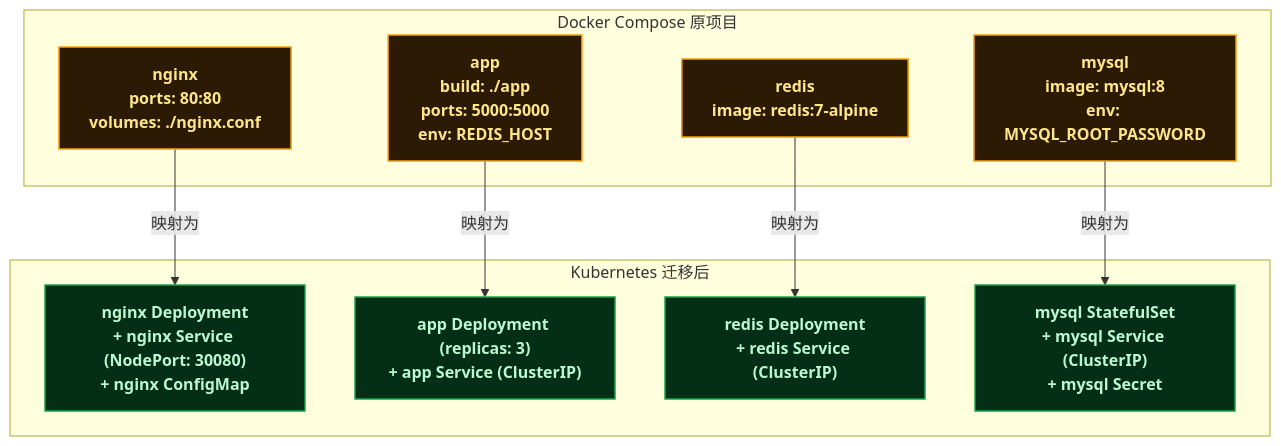
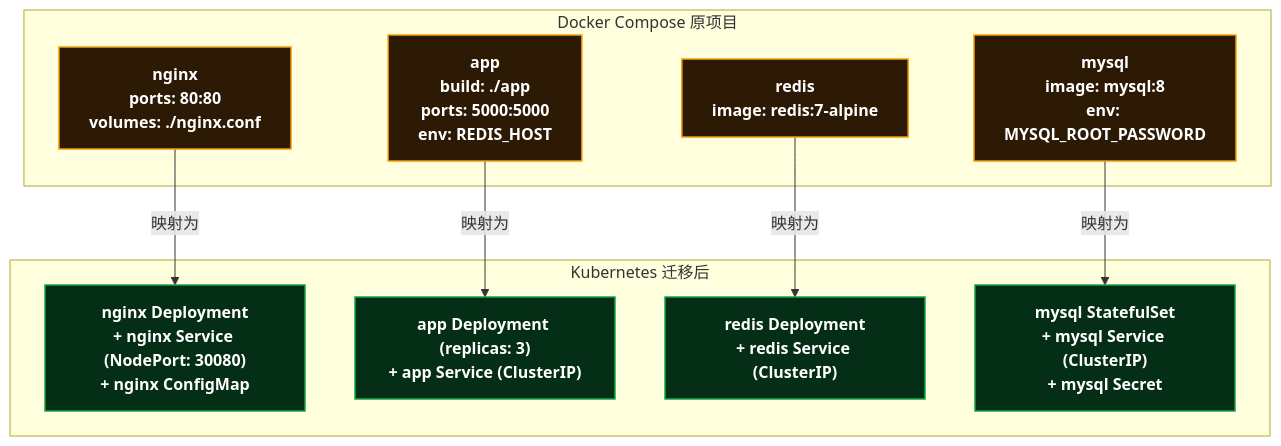
The eighth of 12 diagrams in content/posts/kubernetes/KindWslMigration.md (yaocat55/yaocat55.github.io), drawn with Mermaid before and after one commit. The commit also changed other lines of this file and 27 other files, not shown here.

Commit message:
docs: 全系列 93 张 Mermaid 图 classDef 改为 style 强制深底白字(修复部分渲染器白底浅字)+历史文件格式清理

````diff
--- a/content/posts/kubernetes/KindWslMigration.md
+++ b/content/posts/kubernetes/KindWslMigration.md
@@ -907,32 +921,33 @@
 ```mermaid
 flowchart TD
     %% ==========================================
     %% 样式定义
     %% ==========================================
-classDef startEnd fill:#701a4c,stroke:#e11d48,stroke-width:2px,color:#fce7f3,font-weight:bold;
-classDef compose fill:#2d1a05,stroke:#f59e0b,stroke-width:1.5px,color:#fde68a,font-weight:bold;
-classDef k8s fill:#052e16,stroke:#16a34a,stroke-width:1.5px,color:#bbf7d0,font-weight:bold;
-classDef process fill:#1e1e24,stroke:#6b7280,stroke-width:1.5px,color:#e5e7eb;
 
     subgraph COMPOSE ["Docker Compose 原项目"]
         C1["nginx\nports: 80:80\nvolumes: ./nginx.conf"]
         C2["app\nbuild: ./app\nports: 5000:5000\nenv: REDIS_HOST"]
         C3["redis\nimage: redis:7-alpine"]
         C4["mysql\nimage: mysql:8\nenv: MYSQL_ROOT_PASSWORD"]
     end
 
     subgraph K8S ["Kubernetes 迁移后"]
         K1["nginx Deployment\n+ nginx Service (NodePort: 30080)\n+ nginx ConfigMap"]
         K2["app Deployment (replicas: 3)\n+ app Service (ClusterIP)"]
         K3["redis Deployment\n+ redis Service (ClusterIP)"]
         K4["mysql StatefulSet\n+ mysql Service (ClusterIP)\n+ mysql Secret"]
     end
 
     C1 -->|映射为| K1
     C2 -->|映射为| K2
     C3 -->|映射为| K3
     C4 -->|映射为| K4
-
-    class C1,C2,C3,C4 compose;
-    class K1,K2,K3,K4 k8s;
+    style C1 fill:#2d1a05,stroke:#f59e0b,stroke-width:1.5px,color:#ffffff,font-weight:bold
+    style C2 fill:#2d1a05,stroke:#f59e0b,stroke-width:1.5px,color:#ffffff,font-weight:bold
+    style C3 fill:#2d1a05,stroke:#f59e0b,stroke-width:1.5px,color:#ffffff,font-weight:bold
+    style C4 fill:#2d1a05,stroke:#f59e0b,stroke-width:1.5px,color:#ffffff,font-weight:bold
+    style K1 fill:#052e16,stroke:#16a34a,stroke-width:1.5px,color:#ffffff,font-weight:bold
+    style K2 fill:#052e16,stroke:#16a34a,stroke-width:1.5px,color:#ffffff,font-weight:bold
+    style K3 fill:#052e16,stroke:#16a34a,stroke-width:1.5px,color:#ffffff,font-weight:bold
+    style K4 fill:#052e16,stroke:#16a34a,stroke-width:1.5px,color:#ffffff,font-weight:bold
 ```
````
